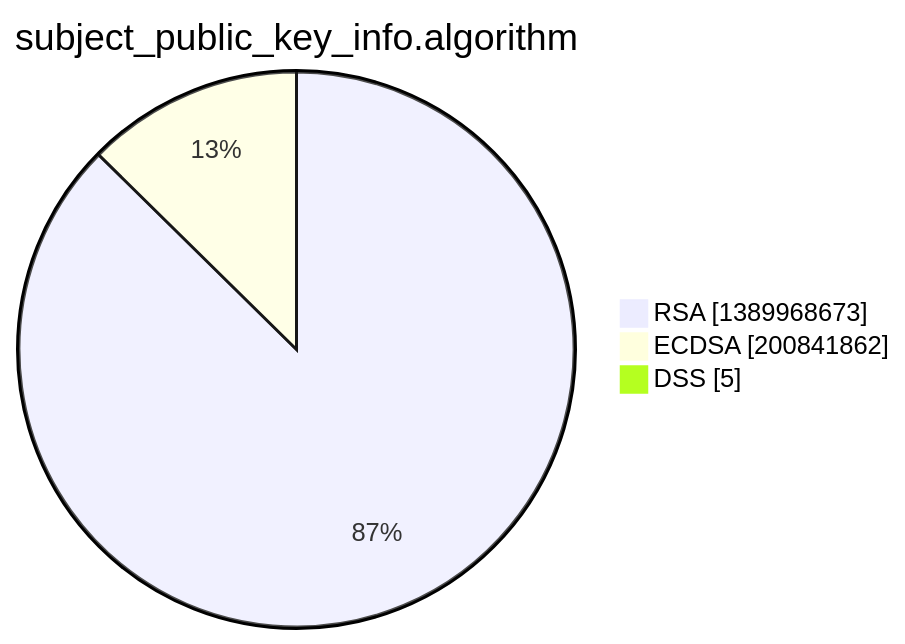
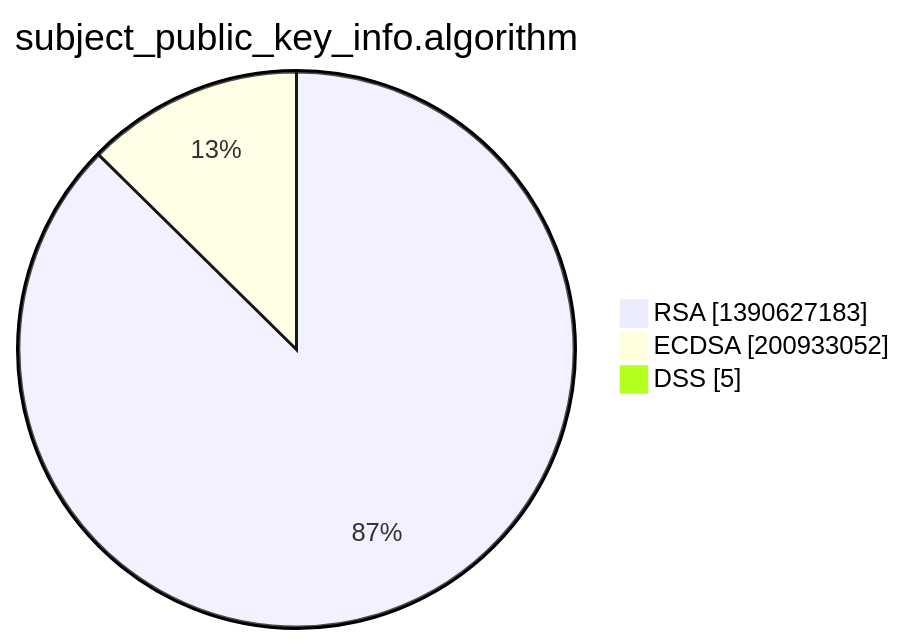
Before and after one commit to christiankrug/ctmonitor_visualization: the third of 15 diagrams in xenon2022/README.md, drawn with Mermaid. The commit also changed other lines of this file, not shown here.

````diff
--- a/xenon2022/README.md
+++ b/xenon2022/README.md
@@ -14,7 +14,7 @@
 ```mermaid
 pie showData
 title subject_public_key_info.algorithm
-"RSA" :1389968673
-"ECDSA" :200841862
+"RSA" :1390627183
+"ECDSA" :200933052
 "DSS" :5
 ```
````
